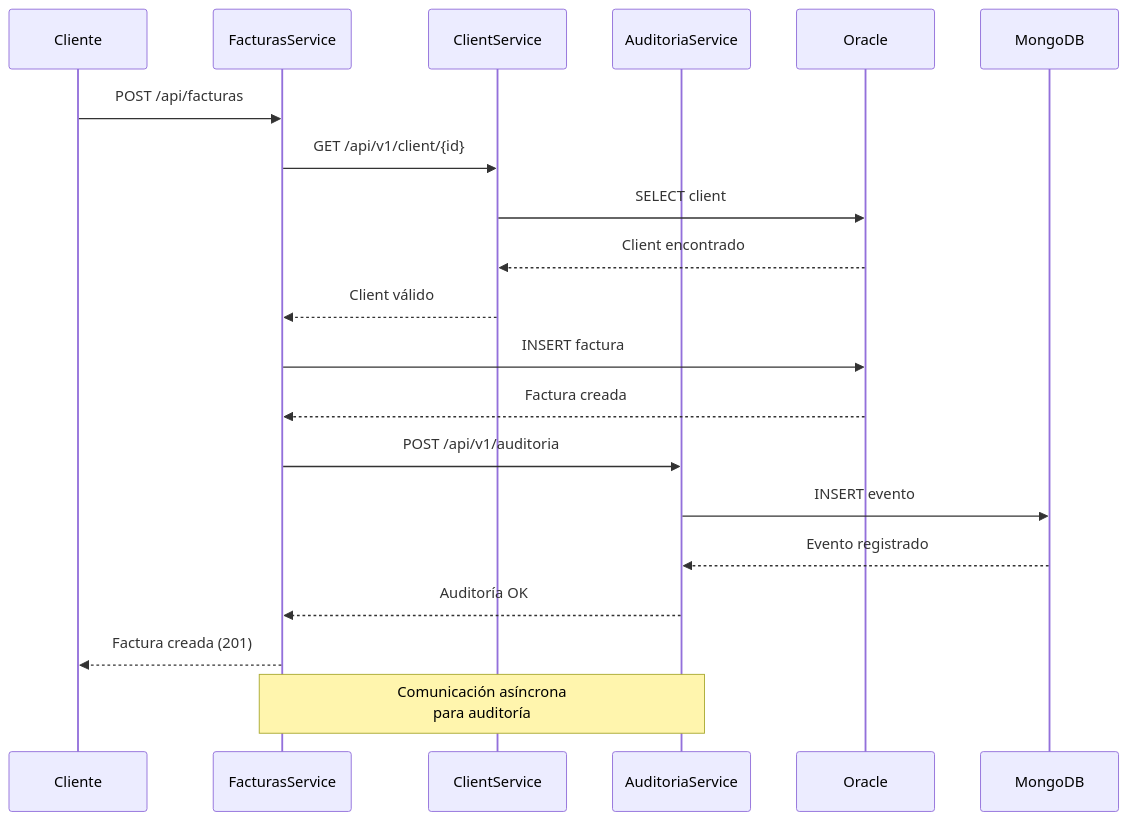
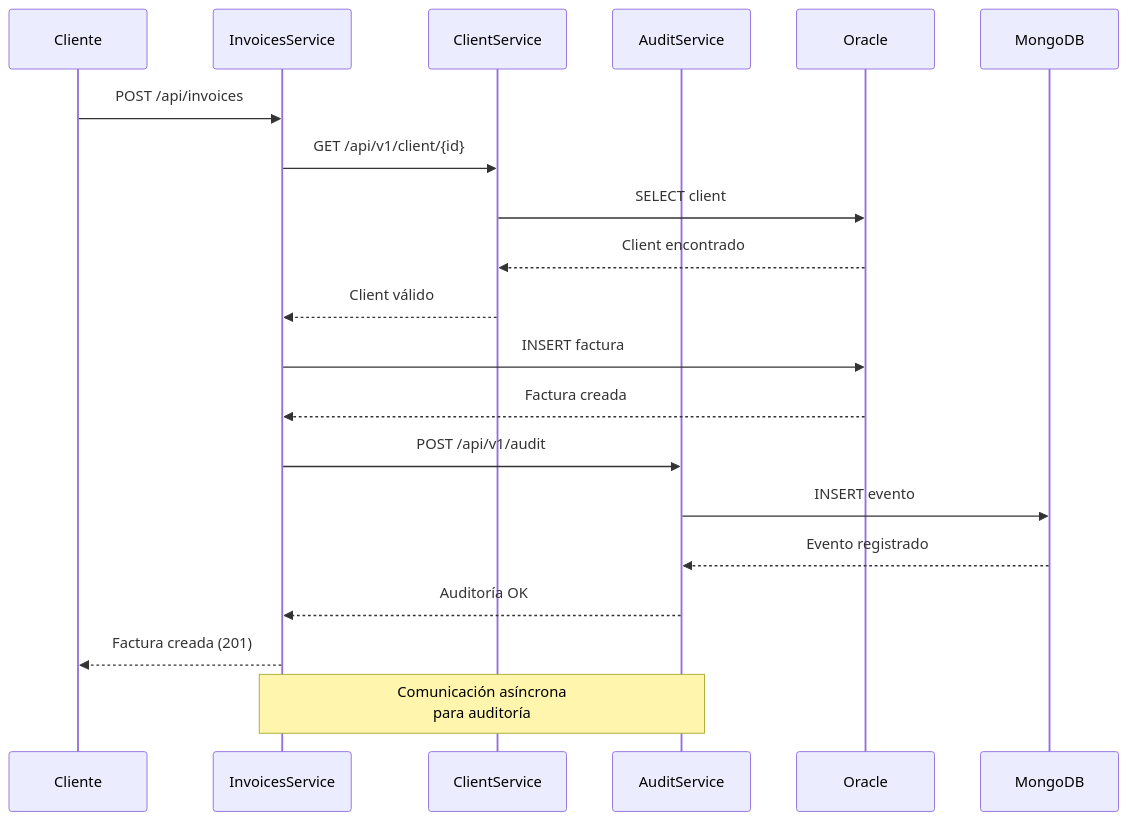
Before and after one commit to mailo2202/prueba-tecnica-double-v: the second of 5 diagrams in docs/arquitectura.md, drawn with Mermaid. The commit also changed other lines of this file and 50 other files, not shown here.

````diff
--- a/docs/arquitectura.md
+++ b/docs/arquitectura.md
@@ -56,24 +56,24 @@
 ```mermaid
 sequenceDiagram
     participant C as Cliente
-    participant F as FacturasService
+    participant F as InvoicesService
     participant CS as ClientService
-    participant AS as AuditoriaService
+    participant AS as AuditService
     participant O as Oracle
     participant M as MongoDB
     
-    C->>F: POST /api/facturas
+    C->>F: POST /api/invoices
     F->>CS: GET /api/v1/client/{id}
     CS->>O: SELECT client
     O-->>CS: Client encontrado
     CS-->>F: Client válido
     F->>O: INSERT factura
     O-->>F: Factura creada
-    F->>AS: POST /api/v1/auditoria
+    F->>AS: POST /api/v1/audit
     AS->>M: INSERT evento
     M-->>AS: Evento registrado
     AS-->>F: Auditoría OK
     F-->>C: Factura creada (201)
     
     Note over F,AS: Comunicación asíncrona<br/>para auditoría
 ```
````
